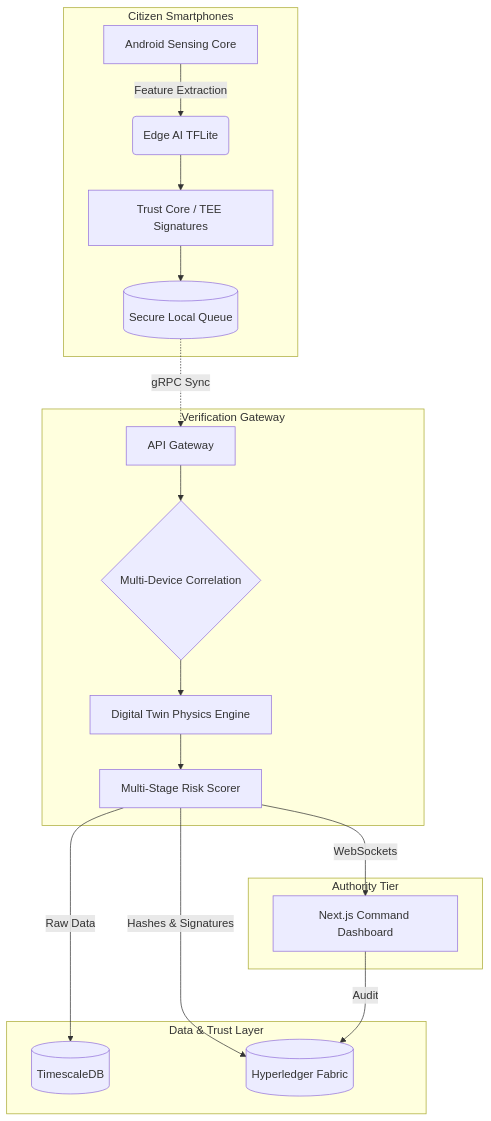
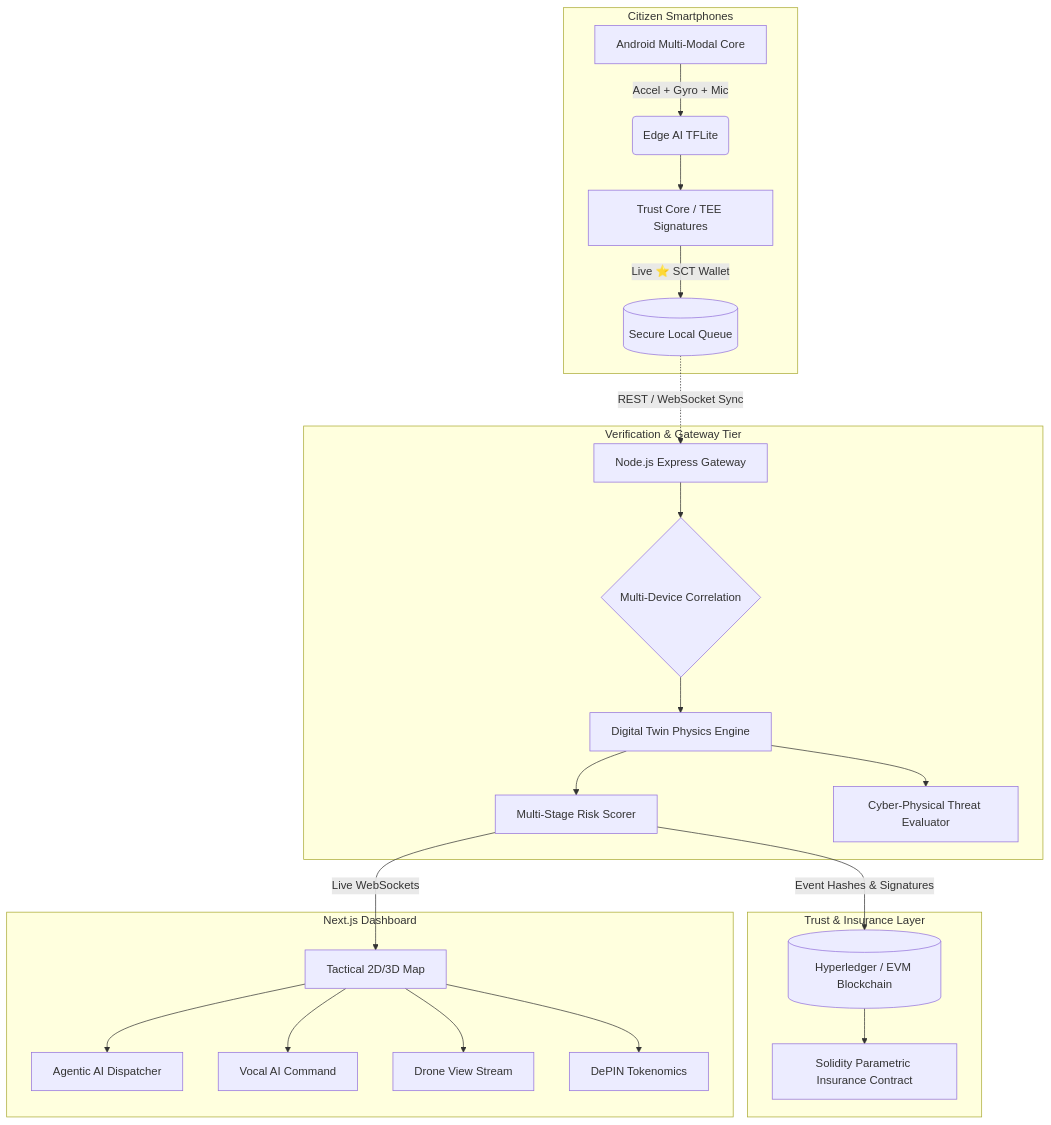
The diagram in README.md (Deepesh2575/Blockchain-Verified-Citizen-Sensor-Network-for-Structural-Risk-Monitoring-and-Disaster-Early-Warning), drawn with Mermaid before and after one commit. The commit also changed other lines of this file and 75 other files, not shown here.

Commit message:
Initialize project architecture and implement hackathon features

````diff
--- a/README.md
+++ b/README.md
@@ -42,25 +55,29 @@
 ```mermaid
 graph TD
     subgraph Edge Tier [Citizen Smartphones]
-        A[Android Sensing Core] -->|Feature Extraction| B(Edge AI TFLite)
+        A[Android Multi-Modal Core] -->|Accel + Gyro + Mic| B(Edge AI TFLite)
         B --> C[Trust Core / TEE Signatures]
-        C --> D[(Secure Local Queue)]
+        C -->|Live ⭐ SCT Wallet| D[(Secure Local Queue)]
     end
 
-    subgraph Verification Gateway
-        D -.->|gRPC Sync| E[API Gateway]
+    subgraph Verification & Gateway Tier
+        D -.->|REST / WebSocket Sync| E[Node.js Express Gateway]
         E --> F{Multi-Device Correlation}
         F --> G[Digital Twin Physics Engine]
         G --> H[Multi-Stage Risk Scorer]
+        G --> I[Cyber-Physical Threat Evaluator]
     end
 
-    subgraph Data & Trust Layer
-        H -->|Raw Data| I[(TimescaleDB)]
-        H -->|Hashes & Signatures| J[(Hyperledger Fabric)]
+    subgraph Trust & Insurance Layer
+        H -->|Event Hashes & Signatures| J[(Hyperledger / EVM Blockchain)]
+        J --> K[Solidity Parametric Insurance Contract]
     end
 
-    subgraph Authority Tier
-        H -->|WebSockets| K[Next.js Command Dashboard]
-        K -->|Audit| J
+    subgraph Authority Command Center [Next.js Dashboard]
+        H -->|Live WebSockets| L[Tactical 2D/3D Map]
+        L --> M[Agentic AI Dispatcher]
+        L --> N[Vocal AI Command]
+        L --> O[Drone View Stream]
+        L --> P[DePIN Tokenomics]
     end
 ```
````
